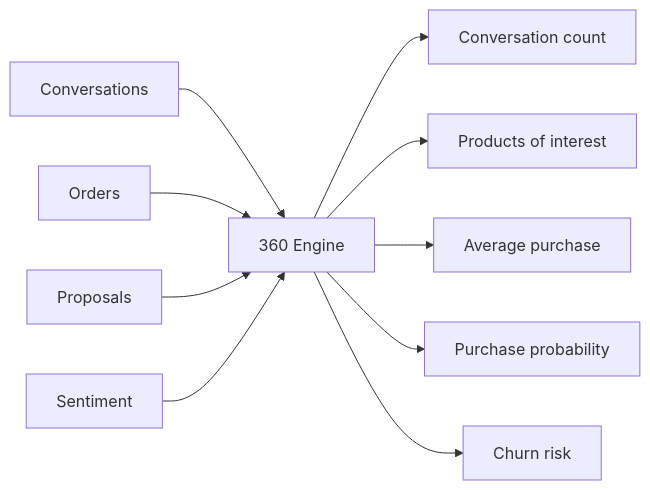
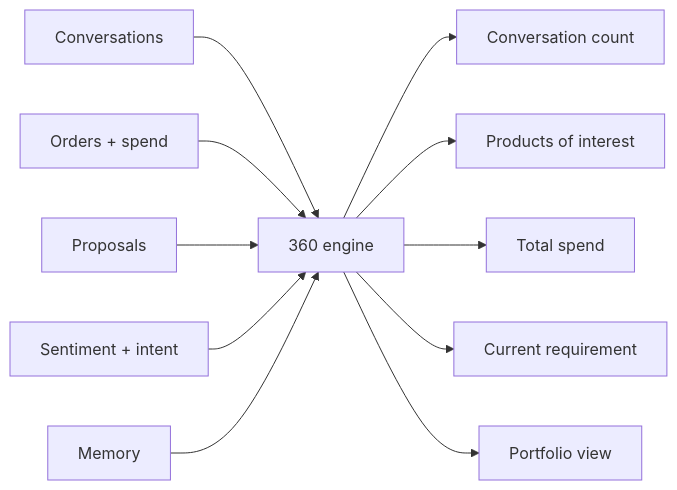
One commit to Gags-31/HubSpot-AI-CRM changed the diagram in docs/architecture/09-customer-360-intelligence.md. Above: the diagram before and after it, drawn with Mermaid. The commit also changed other lines of this file and 62 other files, not shown here.

````diff
--- a/docs/architecture/09-customer-360-intelligence.md
+++ b/docs/architecture/09-customer-360-intelligence.md
@@ -9,12 +9,13 @@
 ```mermaid
 flowchart LR
-  S1[Conversations] --> X[360 Engine]
-  S2[Orders] --> X
+  S1[Conversations] --> X[360 engine]
+  S2[Orders + spend] --> X
   S3[Proposals] --> X
-  S4[Sentiment] --> X
+  S4[Sentiment + intent] --> X
+  S5[Memory] --> X
   X --> O1[Conversation count]
   X --> O2[Products of interest]
-  X --> O3[Average purchase]
-  X --> O4[Purchase probability]
-  X --> O5[Churn risk]
+  X --> O3[Total spend]
+  X --> O4[Current requirement]
+  X --> O5[Portfolio view]
 ```
````
